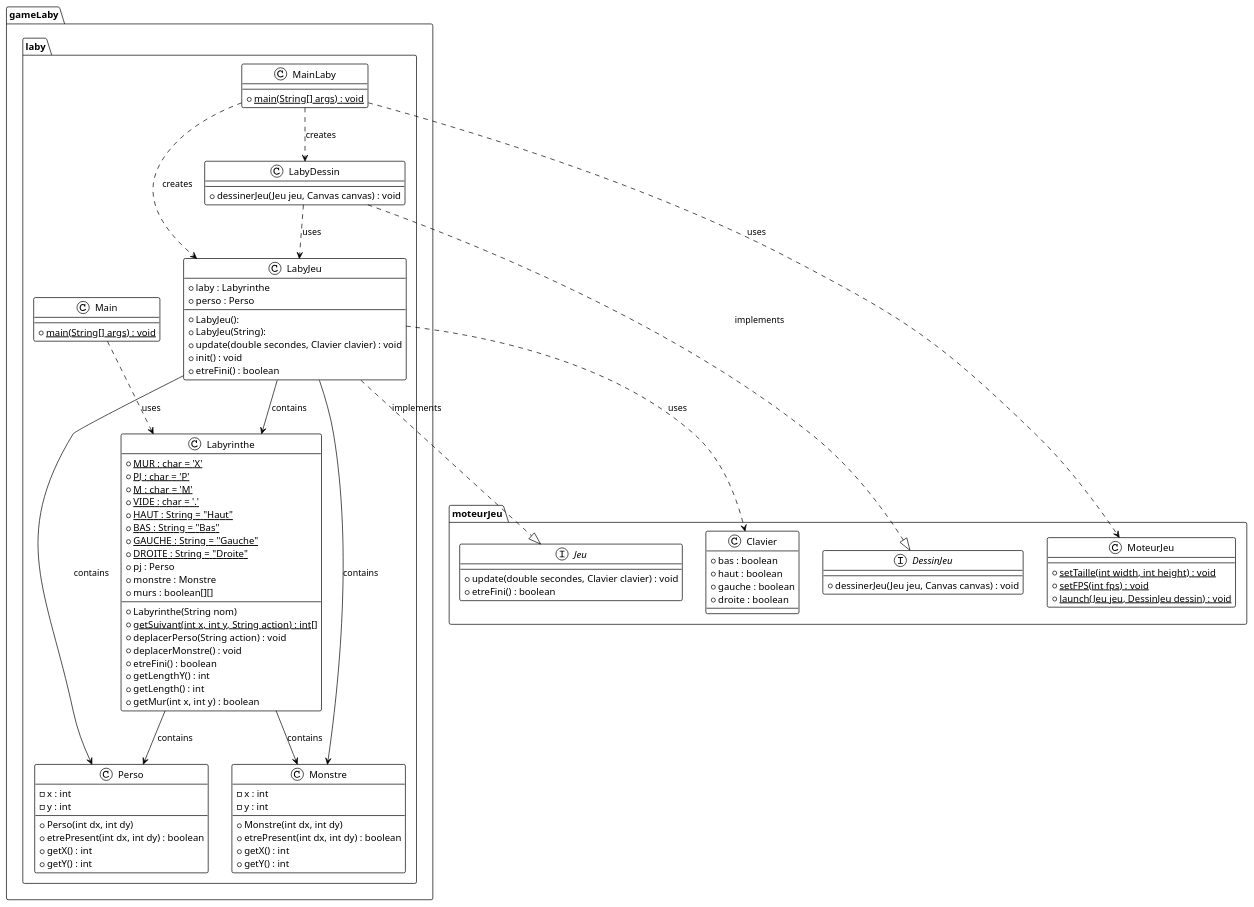
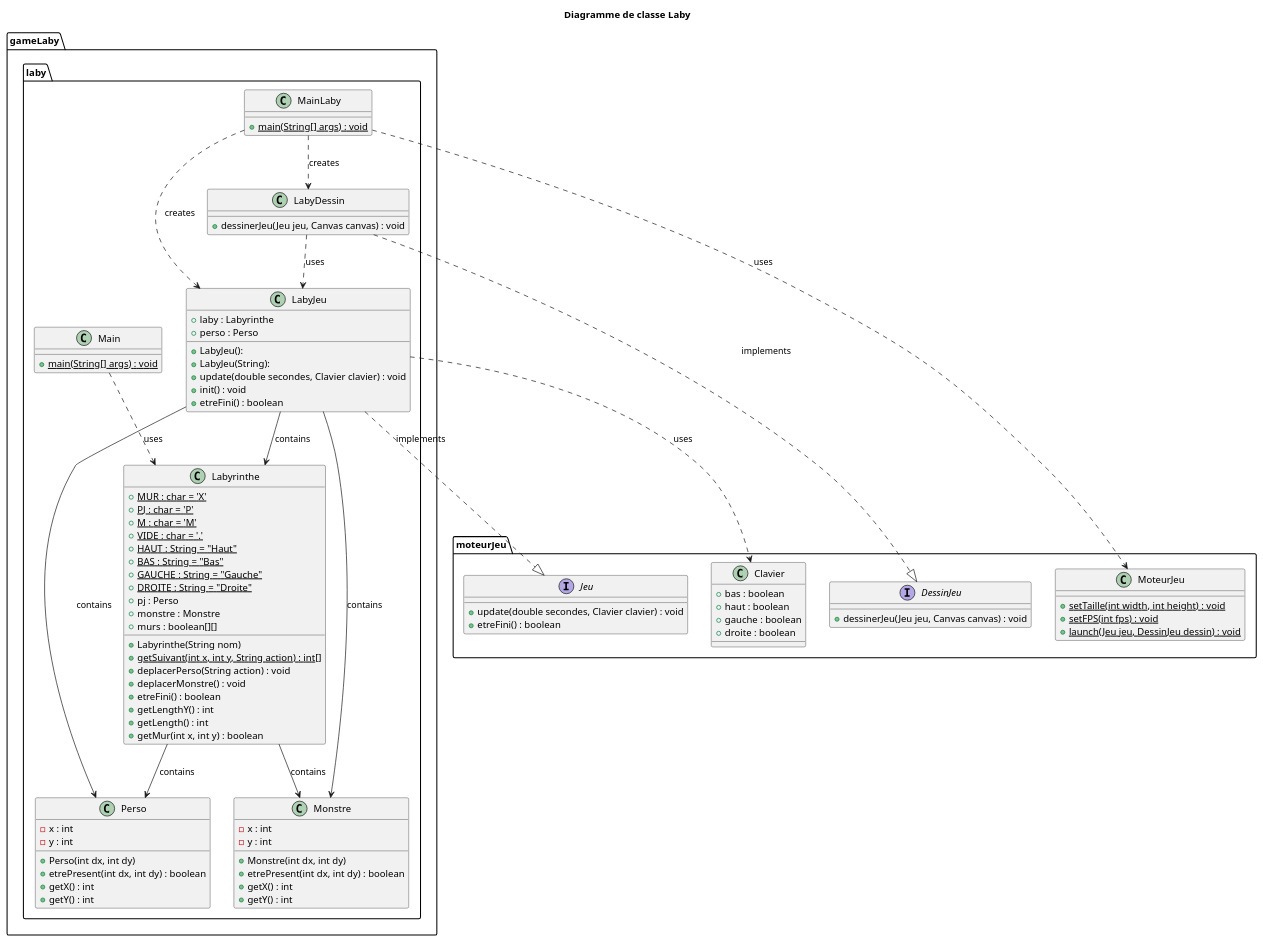
The diagram in documents/version_2/DC_Laby.puml (crochetremi/2025_Zeldiablo2_e20157u_e82008u_e89209u_e26078u), drawn with PlantUML before and after one commit. The commit also changed 6 other files, not shown here.

Commit message:
ajout des titres dans les diagrammes

```diff
--- a/documents/version_2/DC_Laby.puml
+++ b/documents/version_2/DC_Laby.puml
@@ -1,111 +1,112 @@
 @startuml
-!theme plain
+
+title Diagramme de classe Laby
 
 package "gameLaby.laby" {
 
     class Main {
         +{static} main(String[] args) : void
     }
 
     class MainLaby {
         +{static} main(String[] args) : void
     }
 
     class LabyJeu {
         +laby : Labyrinthe
         +perso : Perso
         +LabyJeu():
         +LabyJeu(String):
         +update(double secondes, Clavier clavier) : void
         +init() : void
         +etreFini() : boolean
     }
 
     class LabyDessin {
         +dessinerJeu(Jeu jeu, Canvas canvas) : void
     }
 
     class Labyrinthe {
         +{static} MUR : char = 'X'
         +{static} PJ : char = 'P'
         +{static} M : char = 'M'
         +{static} VIDE : char = '.'
         +{static} HAUT : String = "Haut"
         +{static} BAS : String = "Bas"
         +{static} GAUCHE : String = "Gauche"
         +{static} DROITE : String = "Droite"
         +pj : Perso
         +monstre : Monstre
         +murs : boolean[][]
         +Labyrinthe(String nom)
         +{static} getSuivant(int x, int y, String action) : int[]
         +deplacerPerso(String action) : void
         +deplacerMonstre() : void
         +etreFini() : boolean
         +getLengthY() : int
         +getLength() : int
         +getMur(int x, int y) : boolean
     }
 
     class Perso {
         -x : int
         -y : int
         +Perso(int dx, int dy)
         +etrePresent(int dx, int dy) : boolean
         +getX() : int
         +getY() : int
     }
 
     class Monstre {
             -x : int
             -y : int
             +Monstre(int dx, int dy)
             +etrePresent(int dx, int dy) : boolean
             +getX() : int
             +getY() : int
         }
 }
 
 package "moteurJeu" {
     interface Jeu {
         +update(double secondes, Clavier clavier) : void
         +etreFini() : boolean
     }
 
     interface DessinJeu {
         +dessinerJeu(Jeu jeu, Canvas canvas) : void
     }
 
     class Clavier {
         +bas : boolean
         +haut : boolean
         +gauche : boolean
         +droite : boolean
     }
 
     class MoteurJeu {
         +{static} setTaille(int width, int height) : void
         +{static} setFPS(int fps) : void
         +{static} launch(Jeu jeu, DessinJeu dessin) : void
     }
 }
 
 ' Relations
 LabyJeu ..|> Jeu : implements
 LabyDessin ..|> DessinJeu : implements
 
 LabyJeu --> Labyrinthe : contains
 LabyJeu --> Perso : contains
 LabyJeu --> Monstre : contains
 Labyrinthe --> Perso : contains
 Labyrinthe --> Monstre : contains
 
 Main ..> Labyrinthe : uses
 MainLaby ..> LabyJeu : creates
 MainLaby ..> LabyDessin : creates
 MainLaby ..> MoteurJeu : uses
 
 LabyJeu ..> Clavier : uses
 LabyDessin ..> LabyJeu : uses
 
 @enduml
```
